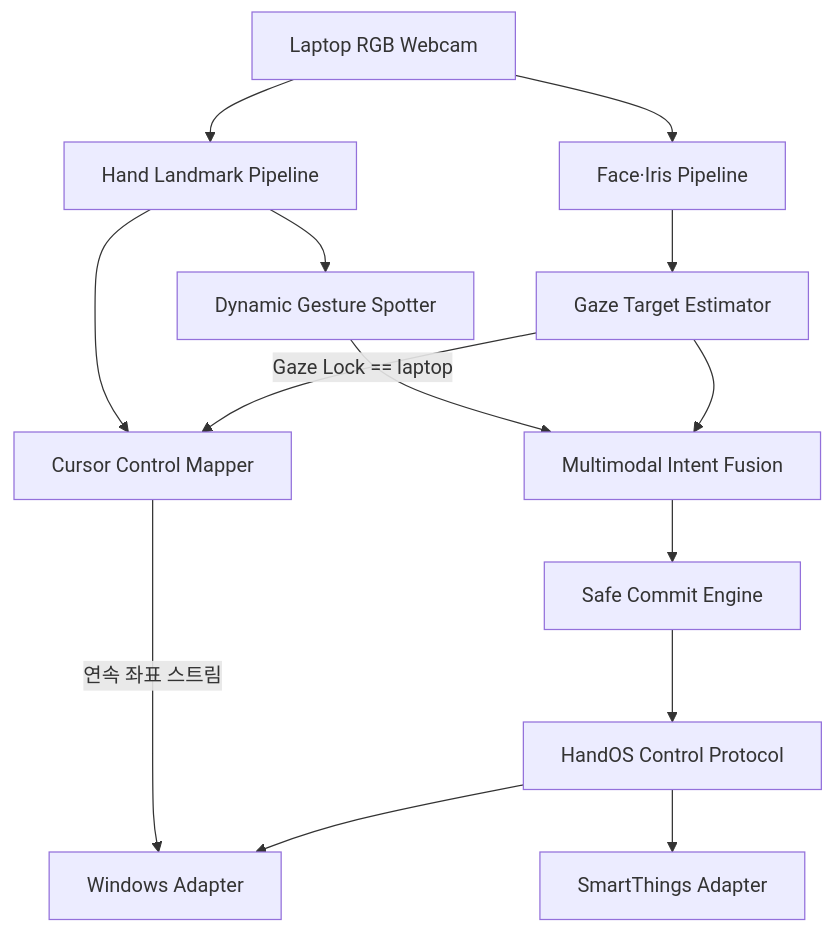
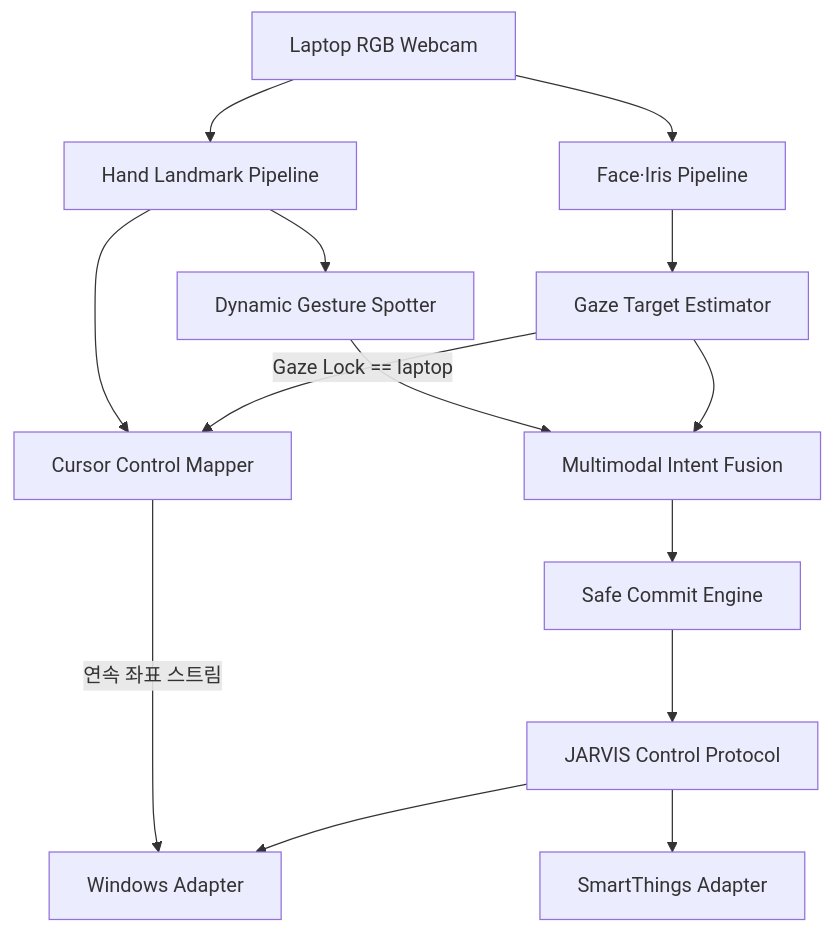
The diagram in README.md (madcamp-official/26s-w3-c3-05), drawn with Mermaid before and after one commit. The commit also changed other lines of this file and 29 other files, not shown here.

````diff
--- a/README.md
+++ b/README.md
@@ -174,16 +174,16 @@
 ```mermaid
 flowchart TD
     A["Laptop RGB Webcam"] --> B["Face·Iris Pipeline"]
     A --> C["Hand Landmark Pipeline"]
     B --> D["Gaze Target Estimator"]
     C --> E["Dynamic Gesture Spotter"]
     D --> F["Multimodal Intent Fusion"]
     E --> F
     F --> G["Safe Commit Engine"]
-    G --> H["HandOS Control Protocol"]
+    G --> H["JARVIS Control Protocol"]
     H --> I["Windows Adapter"]
     H --> J["SmartThings Adapter"]
     D -->|"Gaze Lock == laptop"| K["Cursor Control Mapper"]
     C --> K
     K -->|"연속 좌표 스트림"| I
 ```
````
